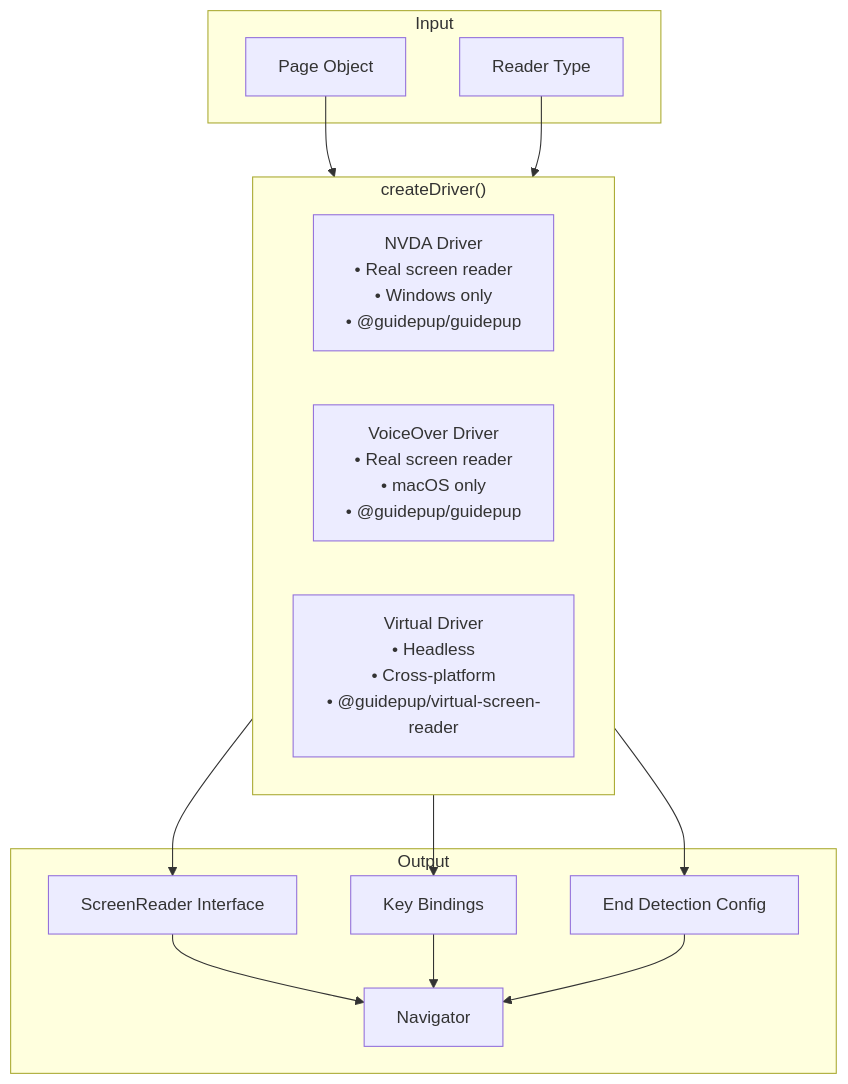
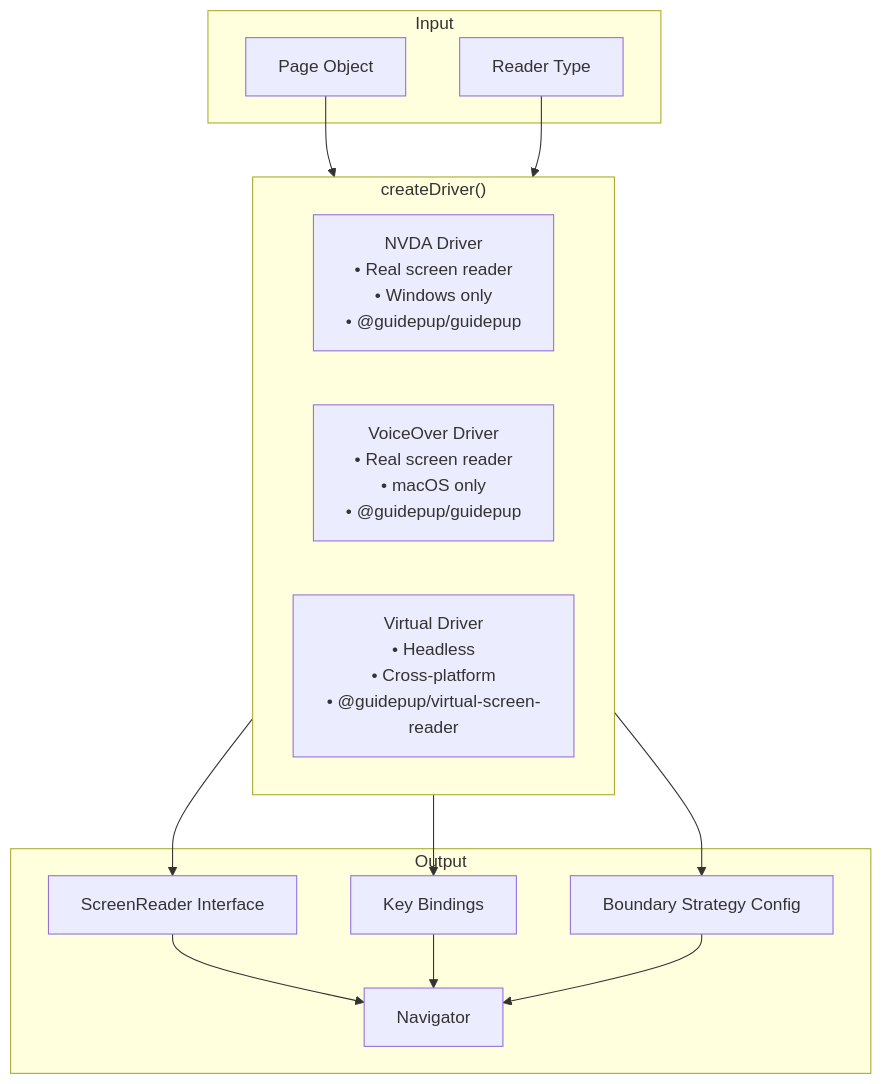
Before and after one commit to Chitova263/accessibility-audit: the fifth of 12 diagrams in WIKI.md, drawn with Mermaid. The commit also changed other lines of this file and 124 other files, not shown here.

````diff
--- a/WIKI.md
+++ b/WIKI.md
@@ -184,29 +184,29 @@
 ```mermaid
 flowchart TB
     subgraph Input
         PAGE["Page Object"]
         TYPE["Reader Type"]
     end
 
     subgraph DriverFactory["createDriver()"]
         NVDA["NVDA Driver<br/>• Real screen reader<br/>• Windows only<br/>• @guidepup/guidepup"]
         VOICEOVER["VoiceOver Driver<br/>• Real screen reader<br/>• macOS only<br/>• @guidepup/guidepup"]
         VIRTUAL["Virtual Driver<br/>• Headless<br/>• Cross-platform<br/>• @guidepup/virtual-screen-reader"]
     end
 
     subgraph Output
         READER["ScreenReader Interface"]
         KEYS["Key Bindings"]
-        END["End Detection Config"]
+        END["Boundary Strategy Config"]
         NAV["Navigator"]
     end
 
     PAGE --> DriverFactory
     TYPE --> DriverFactory
     DriverFactory --> READER
     DriverFactory --> KEYS
     DriverFactory --> END
     READER --> NAV
     KEYS --> NAV
     END --> NAV
 ```
````
